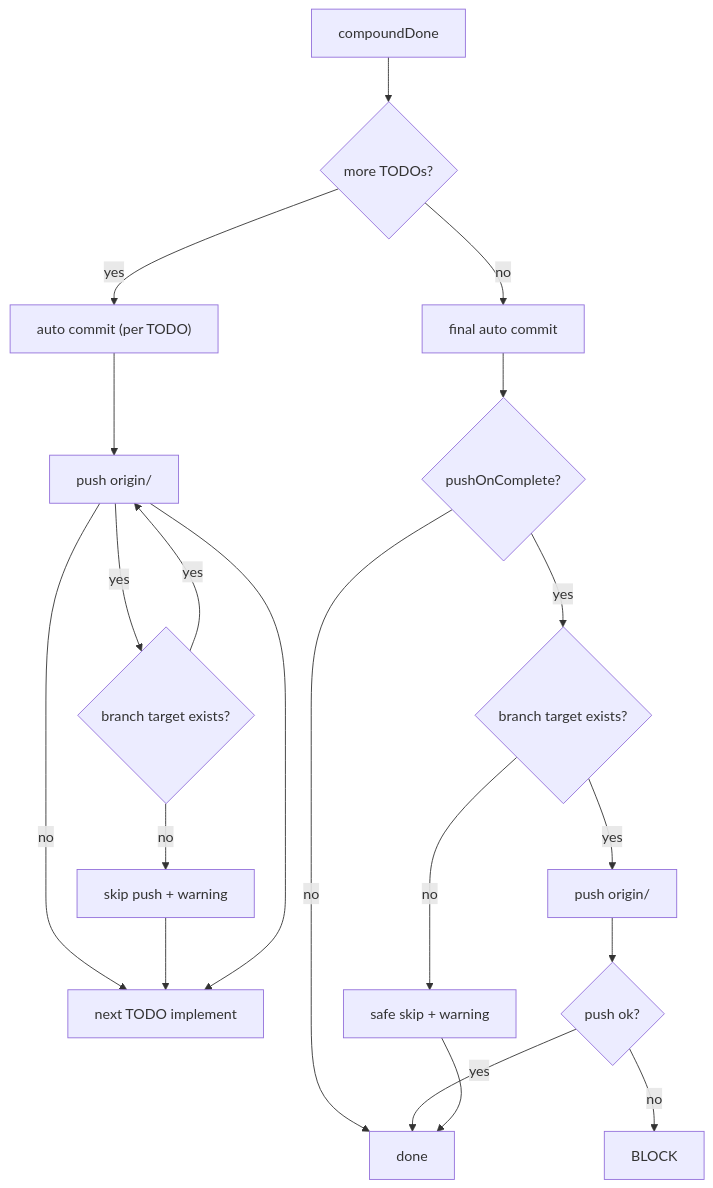
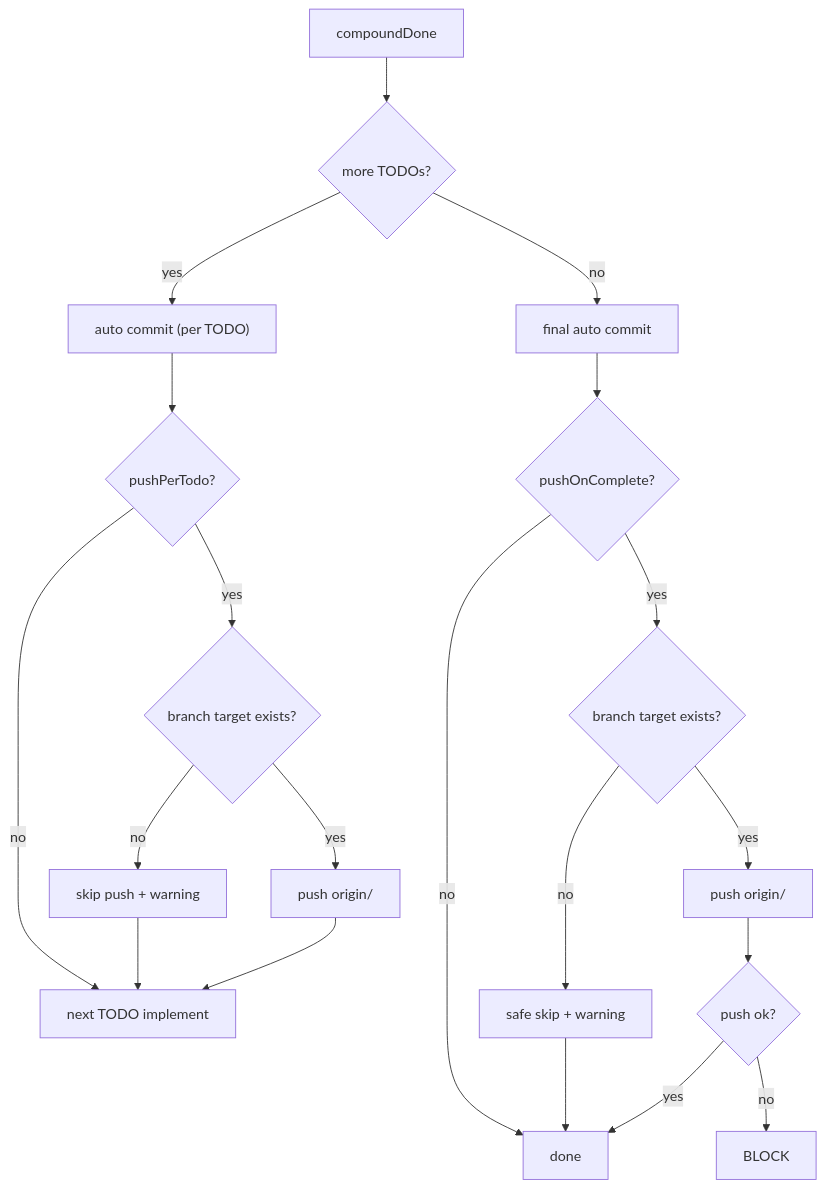
The third of 10 diagrams in ARCHITECTURE.md (popododo0720/pi-stuff), drawn with Mermaid before and after one commit. The commit also changed 3 other files, not shown here.

````diff
--- a/ARCHITECTURE.md
+++ b/ARCHITECTURE.md
@@ -96,23 +96,23 @@
 ```mermaid
 flowchart TD
     COMP["compoundDone"] --> MORE{"more TODOs?"}
     MORE -->|yes| TODOGIT["auto commit (per TODO)"]
     TODOGIT --> TODOPUSH{"pushPerTodo?"}
     TODOPUSH -->|no| NEXT["next TODO implement"]
     TODOPUSH -->|yes| TODOTARGET{"branch target exists?"}
     TODOTARGET -->|no| TODOWARN["skip push + warning"]
-    TODOTARGET -->|yes| TODOPUSH["push origin/<branch>"]
+    TODOTARGET -->|yes| TODOPUSHRUN["push origin/<branch>"]
     TODOWARN --> NEXT
-    TODOPUSH --> NEXT
+    TODOPUSHRUN --> NEXT
 
     MORE -->|no| FINALCOMMIT["final auto commit"]
     FINALCOMMIT --> FINALPUSH{"pushOnComplete?"}
     FINALPUSH -->|no| DONE["done"]
     FINALPUSH -->|yes| FINALTARGET{"branch target exists?"}
     FINALTARGET -->|no| FINALSKIP["safe skip + warning"]
     FINALTARGET -->|yes| FINALRUN["push origin/<branch>"]
     FINALRUN --> PUSHOK{"push ok?"}
     PUSHOK -->|yes| DONE
     PUSHOK -->|no| BLOCK
     FINALSKIP --> DONE
 ```
````
